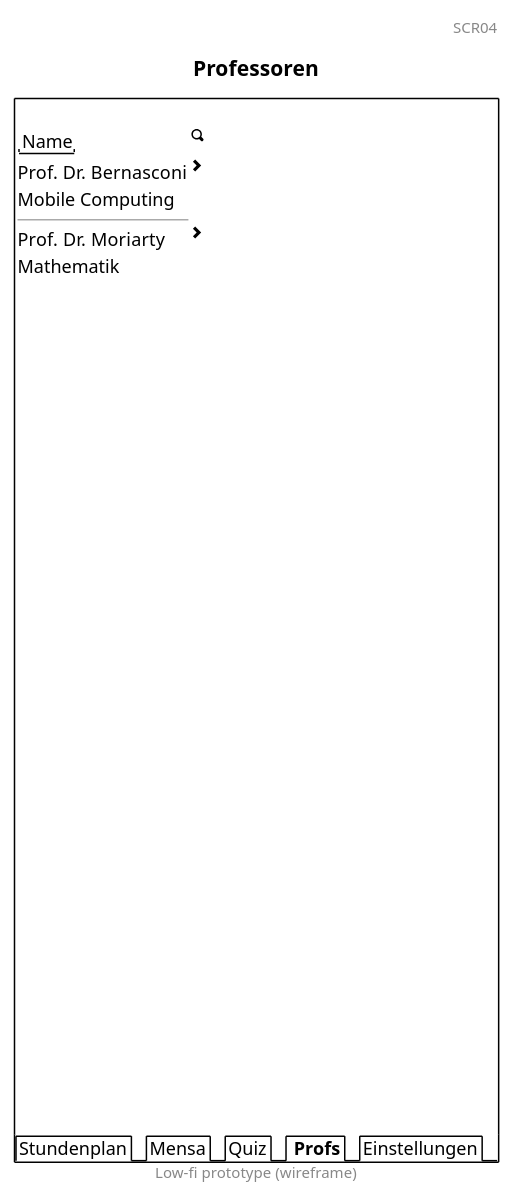
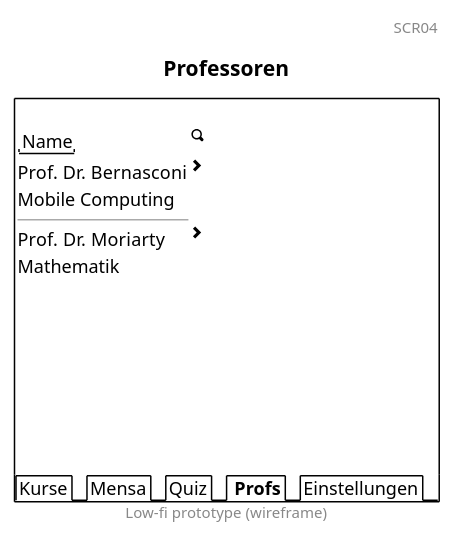
Before and after one commit to RobinNunkesser/plantuml: the diagram in scr4.pu, drawn with PlantUML. The commit also changed 5 other files, not shown here.

```diff
--- a/scr4.pu
+++ b/scr4.pu
@@ -1,49 +1,25 @@
 @startsalt
 title Professoren
 header SCR04
 footer Low-fi prototype (wireframe)
 {+
 {
     .
     "Name" | <&magnifying-glass>
     Prof. Dr. Bernasconi | <&chevron-right>
     Mobile Computing | .
     ----
     Prof. Dr. Moriarty | <&chevron-right>
     Mathematik | .
     .
     .
     .
     .
     .
     .
-    .
-    .
-    .
-    .
-    .
-    .
-    .
-    .
-    .
-    .
-    .
-    .
-    .
-    .
-    .
-    .
-    .
-    .
-    .
-    .
-    .
-    .
-    .
-    .
     .    
 }
-{/ Stundenplan | Mensa | Quiz | <b> Profs | Einstellungen }
+{/ Kurse | Mensa | Quiz | <b> Profs | Einstellungen }
 }
 
 @endsalt
```
